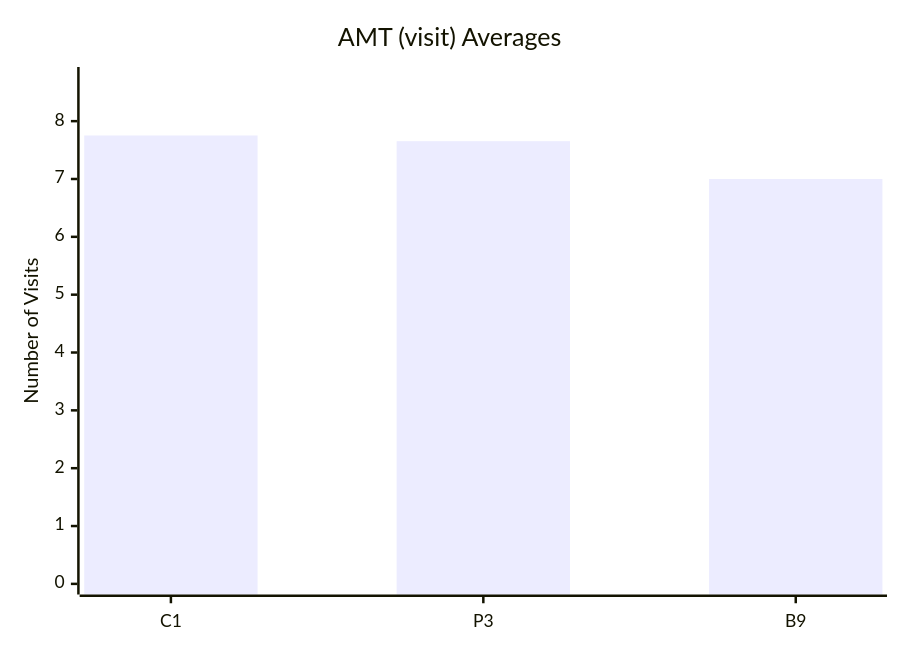
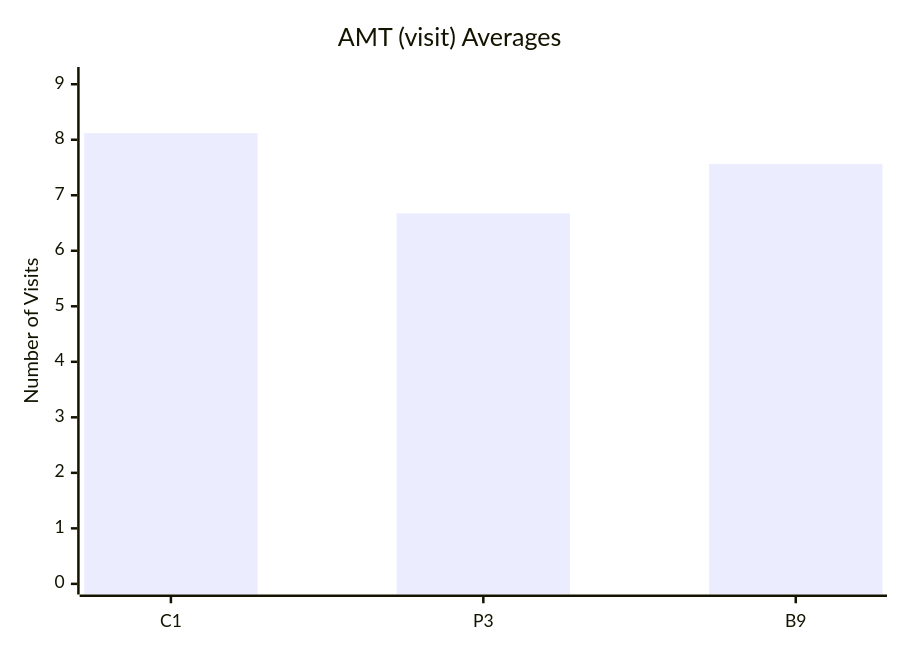
The tenth of 10 diagrams in test-tools/DataGen/src/Statistics_Visualizer.md (dhagan-va/intern-2025), drawn with Mermaid before and after one commit. The commit also changed other lines of this file and 1 other file, not shown here.

````diff
--- a/test-tools/DataGen/src/Statistics_Visualizer.md
+++ b/test-tools/DataGen/src/Statistics_Visualizer.md
@@ -108,7 +108,7 @@
 ```mermaid
 xychart-beta
     title "AMT (visit) Averages"
     x-axis ["C1", "P3", "B9"]
-    y-axis "Number of Visits" 0 --> 8.752475247524753
-    bar [7.752475247524752, 7.653465346534653, 7.0]
+    y-axis "Number of Visits" 0 --> 9.118811881188119
+    bar [8.118811881188119, 6.673267326732673, 7.564356435643564]
 ```
````
